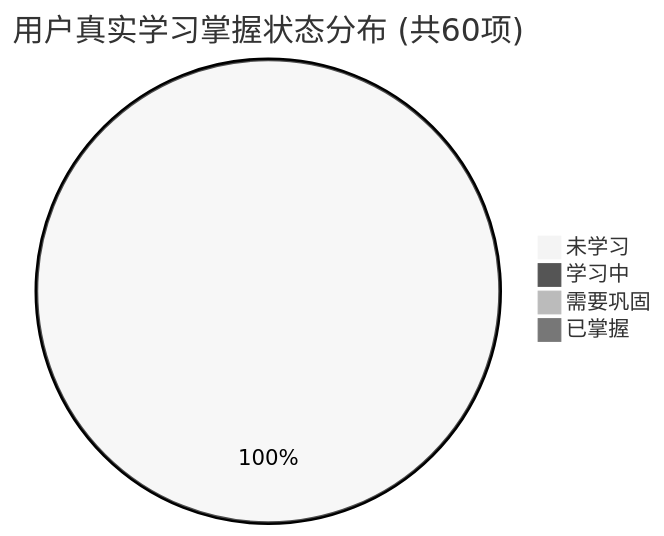
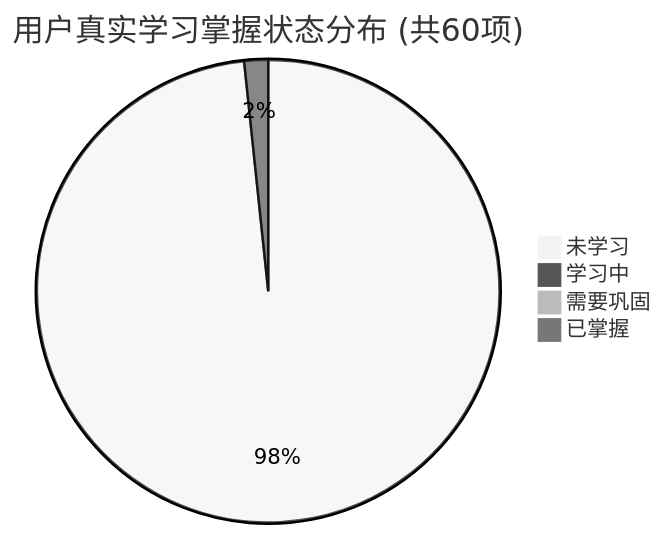
One commit to tieke1121/tech-interview-knowledge-base changed the first of 2 diagrams in PROGRESS.md. Above: the diagram before and after it, drawn with Mermaid (neutral theme). The commit also changed other lines of this file and 1 other file, not shown here.

````diff
--- a/PROGRESS.md
+++ b/PROGRESS.md
@@ -27,7 +27,7 @@
 ```mermaid
 pie title 用户真实学习掌握状态分布 (共60项)
-    "未学习" : 60
-    "学习中" : 0
+    "未学习" : 59
+    "学习中" : 1
     "需要巩固" : 0
     "已掌握" : 0
 ```
````
